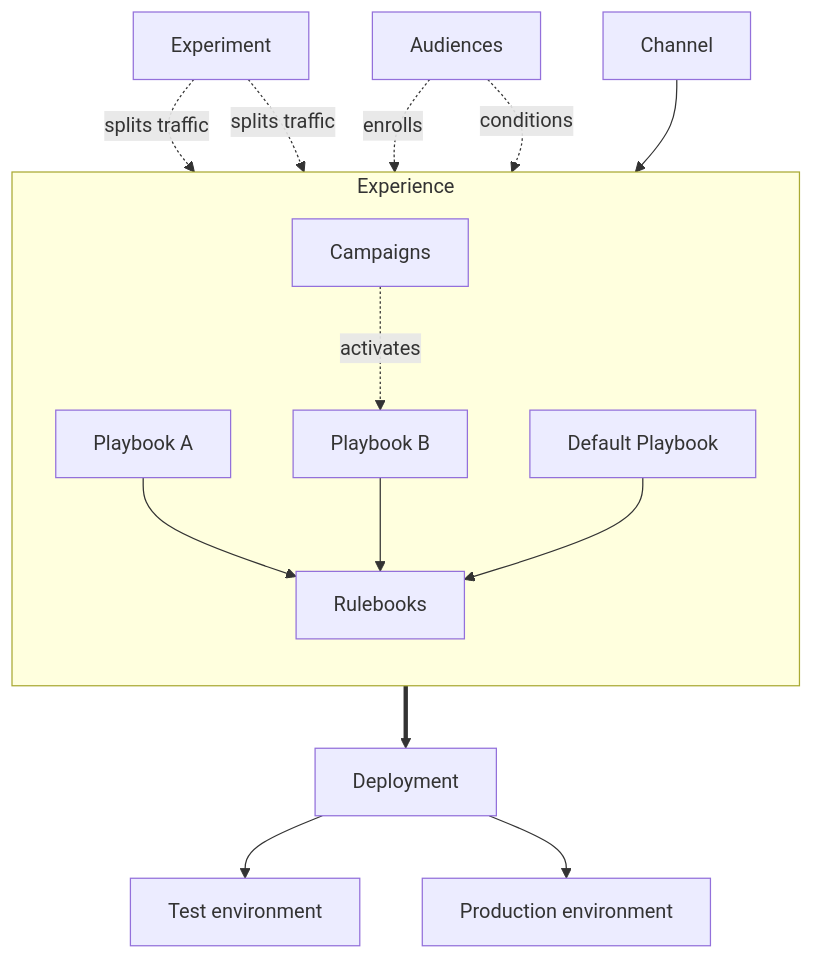
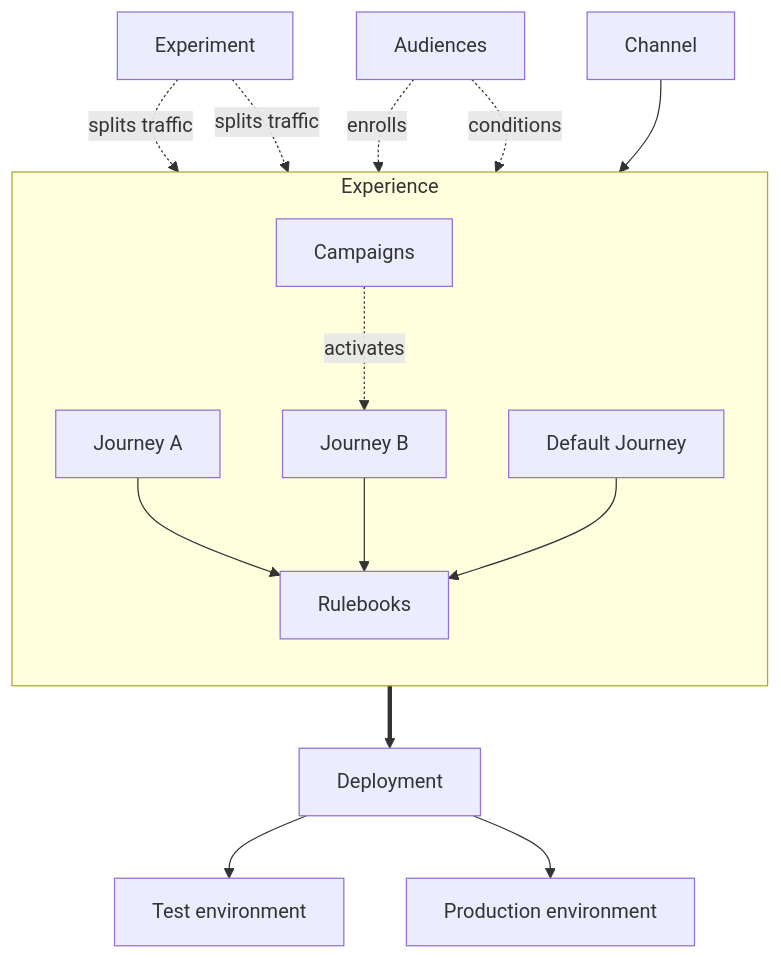
Before and after one commit to crossword-ai/docs: the diagram in orchestration/overview.mdx, drawn with Mermaid. The commit also changed other lines of this file and 62 other files, not shown here.

First line of the commit message:
docs: rework the component model, rename Playbook to Journey, add screenshots

````diff
--- a/orchestration/overview.mdx
+++ b/orchestration/overview.mdx
@@ -10,23 +10,23 @@
 ```mermaid
 flowchart TB
   CH["Channel"] --> EX
   subgraph EX["Experience"]
     direction TB
-    PB1["Playbook A"]
-    PB2["Playbook B"]
-    PBD["Default Playbook"]
+    PB1["Journey A"]
+    PB2["Journey B"]
+    PBD["Default Journey"]
     RB["Rulebooks"]
     CA["Campaigns"]
     PB1 --> RB
     PB2 --> RB
     PBD --> RB
     CA -. "activates" .-> PB2
   end
   XP["Experiment"] -. "splits traffic" .-> PB1
   XP -. "splits traffic" .-> PB2
   SG["Audiences"] -. "enrolls" .-> CA
   SG -. "conditions" .-> RB
   EX ==> DP["Deployment"]
   DP --> ENV1["Test environment"]
   DP --> ENV2["Production environment"]
 ```
````
